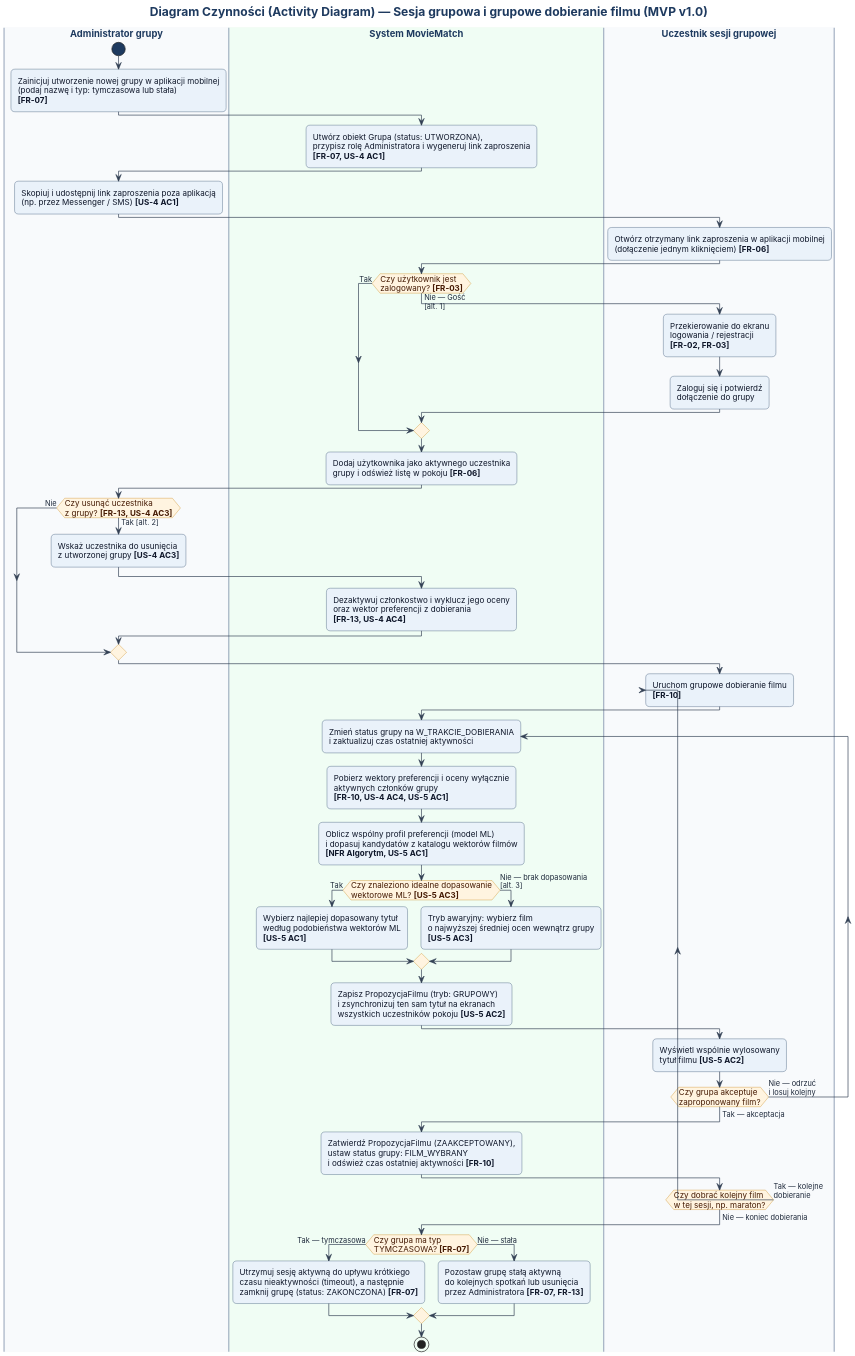
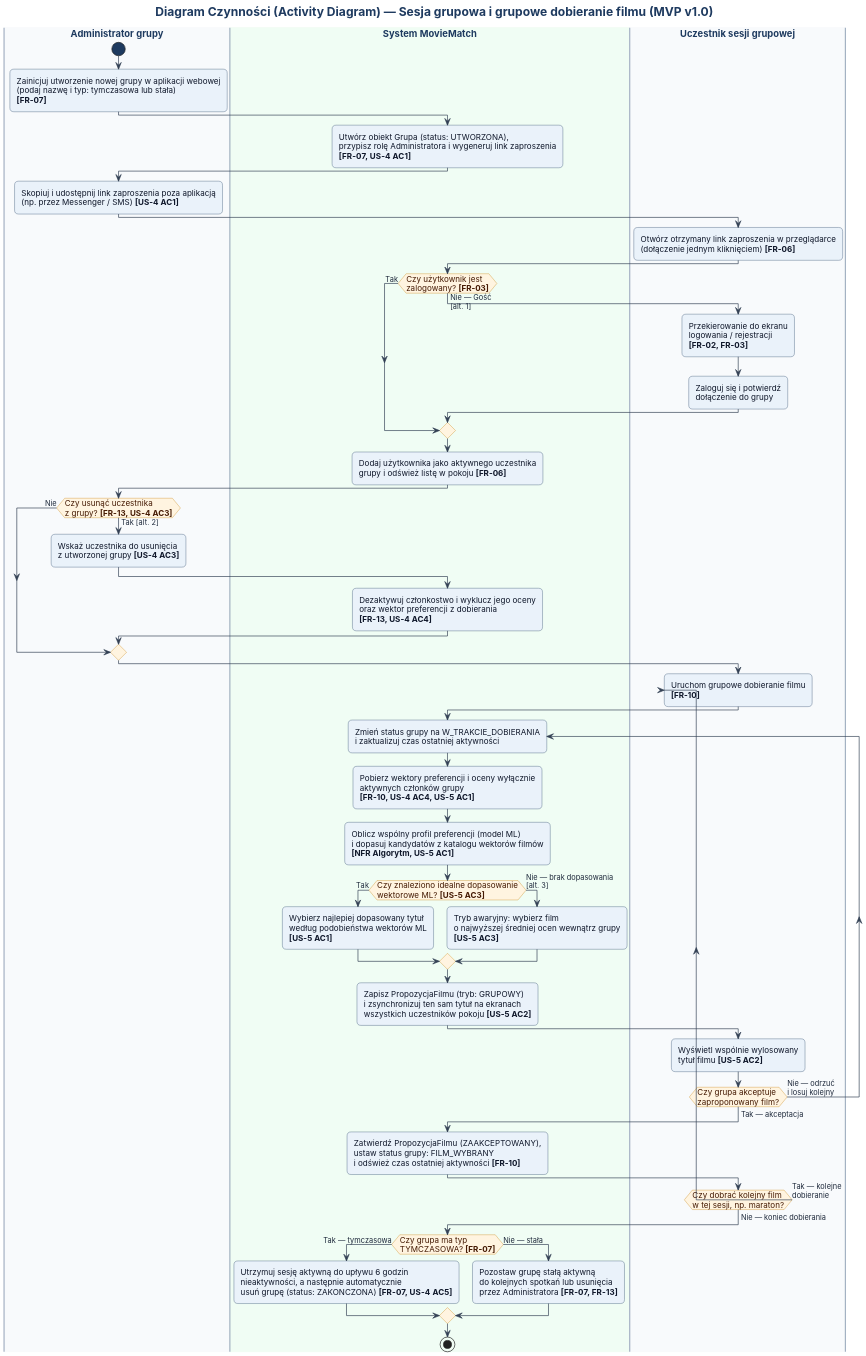
One commit to SzymonK328190/laboratorium7_uml_moviematch changed the diagram in puml/02_activity_diagram.puml. Above: the diagram before and after it, drawn with PlantUML. The commit also changed 15 other files, not shown here.

```diff
--- a/puml/02_activity_diagram.puml
+++ b/puml/02_activity_diagram.puml
@@ -1,118 +1,118 @@
 @startuml 02_activity_diagram
 skinparam dpi 165
 skinparam shadowing false
 skinparam defaultFontName "Inter"
 skinparam defaultFontSize 12
 skinparam roundcorner 12
 
 skinparam titleFontSize 18
 skinparam titleFontColor #1E3A5F
 skinparam footerFontSize 10
 skinparam footerFontColor #64748B
 
 skinparam activity {
   BackgroundColor #EAF2FA
   BorderColor #1E3A5F
   FontColor #0F172A
   DiamondBackgroundColor #FFF4E0
   DiamondBorderColor #C67C00
   DiamondFontColor #451A03
   StartColor #1E3A5F
   EndColor #1E3A5F
   BarColor #1E3A5F
 }
 
 skinparam swimlane {
   BorderColor #94A3B8
   BorderThickness 1.5
   TitleFontColor #1E3A5F
   TitleFontStyle bold
   TitleFontSize 14
 }
 
 skinparam note {
   BackgroundColor #FFFBEB
   BorderColor #D97706
   FontColor #451A03
   FontSize 11
 }
 
 skinparam arrow {
   Color #334155
   FontColor #1E293B
   FontSize 11
 }
 
 title Diagram Czynności (Activity Diagram) — Sesja grupowa i grupowe dobieranie filmu (MVP v1.0)
 
 |#F8FAFC|Administrator grupy|
 start
-:Zainicjuj utworzenie nowej grupy w aplikacji mobilnej\n(podaj nazwę i typ: tymczasowa lub stała)\n<b>[FR-07]</b>;
+:Zainicjuj utworzenie nowej grupy w aplikacji webowej\n(podaj nazwę i typ: tymczasowa lub stała)\n<b>[FR-07]</b>;
 
 |#F0FDF4|System MovieMatch|
 :Utwórz obiekt Grupa (status: UTWORZONA),\nprzypisz rolę Administratora i wygeneruj link zaproszenia\n<b>[FR-07, US-4 AC1]</b>;
 
 |Administrator grupy|
 :Skopiuj i udostępnij link zaproszenia poza aplikacją\n(np. przez Messenger / SMS) <b>[US-4 AC1]</b>;
 
 |#F8FAFC|Uczestnik sesji grupowej|
-:Otwórz otrzymany link zaproszenia w aplikacji mobilnej\n(dołączenie jednym kliknięciem) <b>[FR-06]</b>;
+:Otwórz otrzymany link zaproszenia w przeglądarce\n(dołączenie jednym kliknięciem) <b>[FR-06]</b>;
 
 |System MovieMatch|
 if (Czy użytkownik jest\nzalogowany? <b>[FR-03]</b>) then (Nie — Gość\n[alt. 1])
   |Uczestnik sesji grupowej|
   :Przekierowanie do ekranu\nlogowania / rejestracji\n<b>[FR-02, FR-03]</b>;
   :Zaloguj się i potwierdź\ndołączenie do grupy;
   |System MovieMatch|
 else (Tak)
 endif
 
 :Dodaj użytkownika jako aktywnego uczestnika\ngrupy i odśwież listę w pokoju <b>[FR-06]</b>;
 
 |Administrator grupy|
 if (Czy usunąć uczestnika\nz grupy? <b>[FR-13, US-4 AC3]</b>) then (Tak [alt. 2])
   :Wskaż uczestnika do usunięcia\nz utworzonej grupy <b>[US-4 AC3]</b>;
   |System MovieMatch|
   :Dezaktywuj członkostwo i wyklucz jego oceny\noraz wektor preferencji z dobierania\n<b>[FR-13, US-4 AC4]</b>;
 else (Nie)
 endif
 
 |Uczestnik sesji grupowej|
 repeat :Uruchom grupowe dobieranie filmu\n<b>[FR-10]</b>;
 
   |System MovieMatch|
   repeat :Zmień status grupy na W_TRAKCIE_DOBIERANIA\ni zaktualizuj czas ostatniej aktywności;
     :Pobierz wektory preferencji i oceny wyłącznie\naktywnych członków grupy\n<b>[FR-10, US-4 AC4, US-5 AC1]</b>;
     :Oblicz wspólny profil preferencji (model ML)\ni dopasuj kandydatów z katalogu wektorów filmów\n<b>[NFR Algorytm, US-5 AC1]</b>;
 
     if (Czy znaleziono idealne dopasowanie\nwektorowe ML? <b>[US-5 AC3]</b>) then (Tak)
       :Wybierz najlepiej dopasowany tytuł\nwedług podobieństwa wektorów ML\n<b>[US-5 AC1]</b>;
     else (Nie — brak dopasowania\n[alt. 3])
       :Tryb awaryjny: wybierz film\no najwyższej średniej ocen wewnątrz grupy\n<b>[US-5 AC3]</b>;
     endif
 
     :Zapisz PropozycjaFilmu (tryb: GRUPOWY)\ni zsynchronizuj ten sam tytuł na ekranach\nwszystkich uczestników pokoju <b>[US-5 AC2]</b>;
 
     |Uczestnik sesji grupowej|
     :Wyświetl wspólnie wylosowany\ntytuł filmu <b>[US-5 AC2]</b>;
 
   repeat while (Czy grupa akceptuje\nzaproponowany film?) is (Nie — odrzuć\ni losuj kolejny)
   -> Tak — akceptacja;
 
   |System MovieMatch|
   :Zatwierdź PropozycjaFilmu (ZAAKCEPTOWANY),\nustaw status grupy: FILM_WYBRANY\ni odśwież czas ostatniej aktywności <b>[FR-10]</b>;
 
   |Uczestnik sesji grupowej|
 repeat while (Czy dobrać kolejny film\nw tej sesji, np. maraton?) is (Tak — kolejne\ndobieranie)
 -> Nie — koniec dobierania;
 
 |System MovieMatch|
 if (Czy grupa ma typ\nTYMCZASOWA? <b>[FR-07]</b>) then (Tak — tymczasowa)
-  :Utrzymuj sesję aktywną do upływu krótkiego\nczasu nieaktywności (timeout), a następnie\nzamknij grupę (status: ZAKONCZONA) <b>[FR-07]</b>;
+  :Utrzymuj sesję aktywną do upływu 6 godzin\nnieaktywności, a następnie automatycznie\nusuń grupę (status: ZAKONCZONA) <b>[FR-07, US-4 AC5]</b>;
 else (Nie — stała)
   :Pozostaw grupę stałą aktywną\ndo kolejnych spotkań lub usunięcia\nprzez Administratora <b>[FR-07, FR-13]</b>;
 endif
 
 stop
 
 @enduml
```
